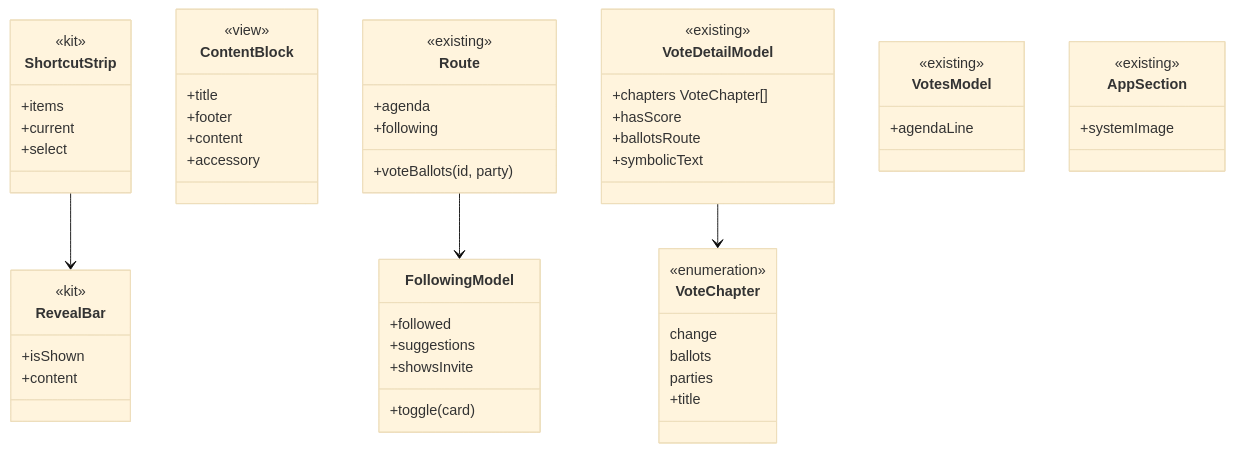
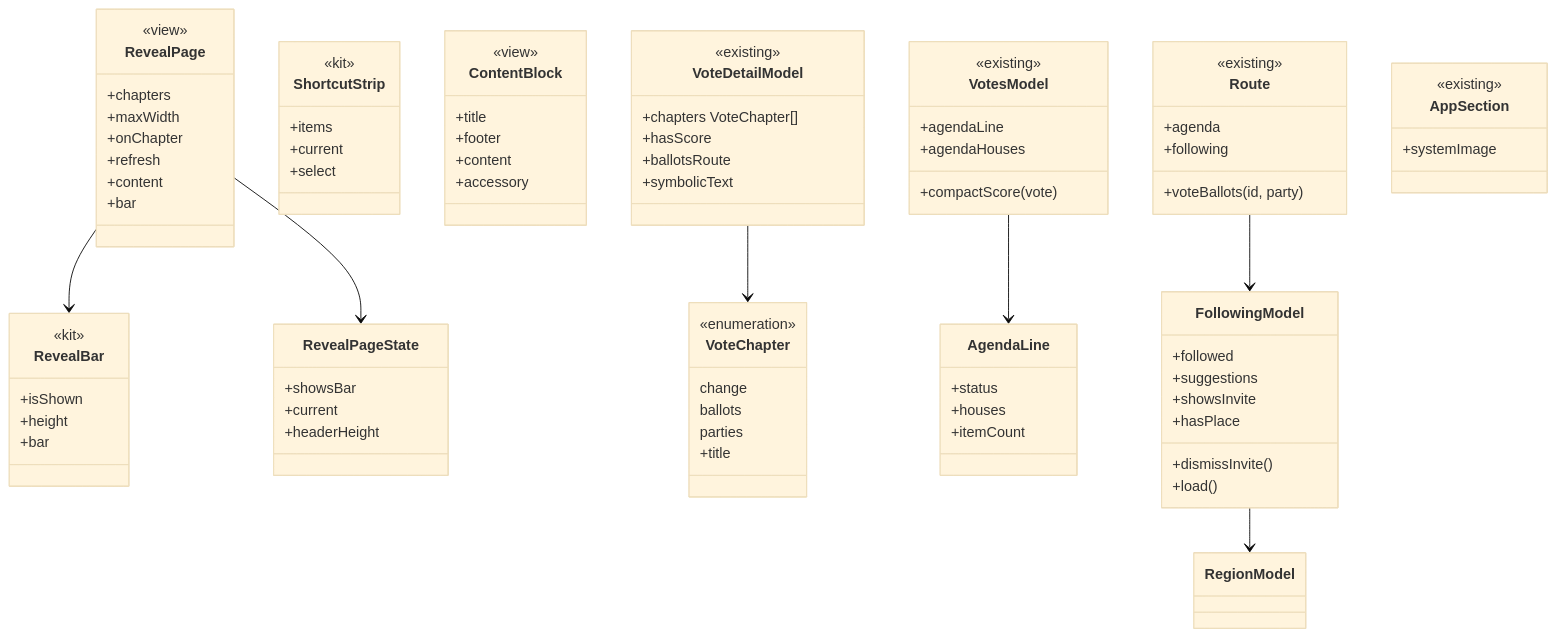
The diagram in spdd/prompt/FSC-015-202611021500-[Feat]-sticky-bar-votes-region-tabs.md (byescaleira/fiscal), drawn with Mermaid (base theme) before and after one commit. The commit also changed other lines of this file and 3 other files, not shown here.

````diff
--- a/spdd/prompt/FSC-015-202611021500-[Feat]-sticky-bar-votes-region-tabs.md
+++ b/spdd/prompt/FSC-015-202611021500-[Feat]-sticky-bar-votes-region-tabs.md
@@ -63,7 +63,22 @@
     class RevealBar {
         <<kit>>
         +isShown
+        +height
+        +bar
+    }
+    class RevealPage {
+        <<view>>
+        +chapters
+        +maxWidth
+        +onChapter
+        +refresh
         +content
+        +bar
+    }
+    class RevealPageState {
+        +showsBar
+        +current
+        +headerHeight
     }
     class ShortcutStrip {
         <<kit>>
@@ -101,18 +116,30 @@
     class VotesModel {
         <<existing>>
         +agendaLine
+        +agendaHouses
+        +compactScore(vote)
+    }
+    class AgendaLine {
+        +status
+        +houses
+        +itemCount
     }
     class FollowingModel {
         +followed
         +suggestions
         +showsInvite
-        +toggle(card)
+        +hasPlace
+        +dismissInvite()
+        +load()
     }
     class AppSection {
         <<existing>>
         +systemImage
     }
-    ShortcutStrip --> RevealBar
+    RevealPage --> RevealBar
+    RevealPage --> RevealPageState
+    VotesModel --> AgendaLine
+    FollowingModel --> RegionModel
     VoteDetailModel --> VoteChapter
     Route --> FollowingModel
 ```
````
